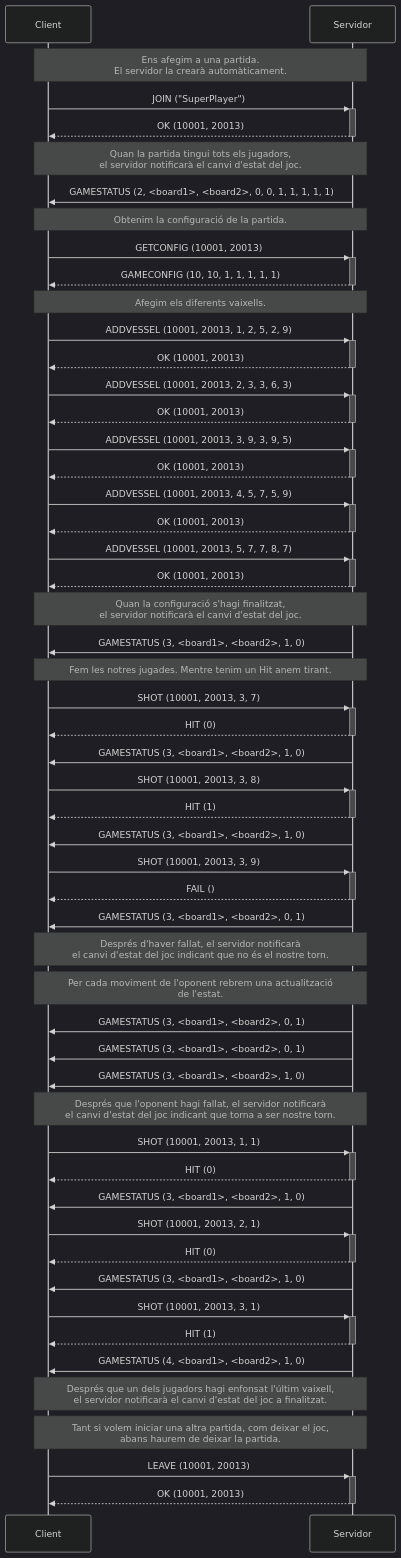
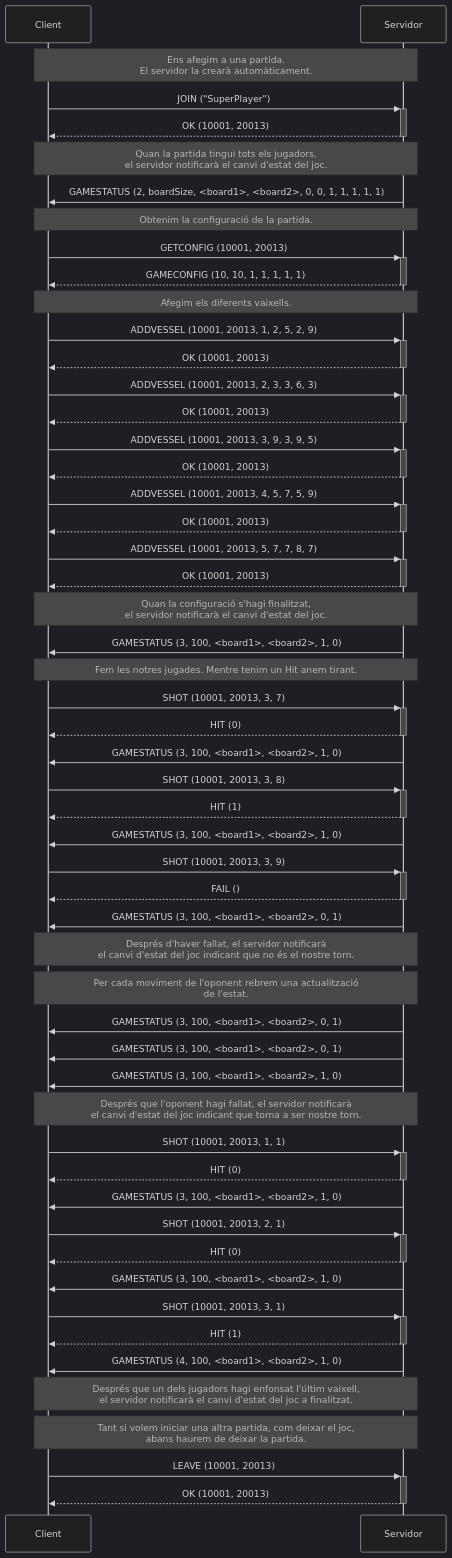
Before and after one commit to SoftwareDistribuitUB-2025/Enunciat_P1: the second of 4 diagrams in Guies/battleship.md, drawn with Mermaid (dark theme). The commit also changed other lines of this file and 7 other files, not shown here.

````diff
--- a/Guies/battleship.md
+++ b/Guies/battleship.md
@@ -82,80 +82,80 @@
 ```mermaid
   sequenceDiagram
 
     note over Client,Servidor: Ens afegim a una partida. <BR/>El servidor la crearà automàticament.
 
     Client->>+Servidor: JOIN ("SuperPlayer")
     Servidor-->>-Client: OK (10001, 20013)
         
     note over Client,Servidor: Quan la partida tingui tots els jugadors,<br/>el servidor notificarà el canvi d'estat del joc.
 
-    Servidor->>Client: GAMESTATUS (2, <board1>, <board2>, 0, 0, 1, 1, 1, 1, 1)
+    Servidor->>Client: GAMESTATUS (2, boardSize, <board1>, <board2>, 0, 0, 1, 1, 1, 1, 1)
 
     note over Client,Servidor: Obtenim la configuració de la partida.
     Client->>+Servidor: GETCONFIG (10001, 20013)
     Servidor-->>-Client: GAMECONFIG (10, 10, 1, 1, 1, 1, 1)    
 
     note over Client,Servidor: Afegim els diferents vaixells.
     Client->>+Servidor: ADDVESSEL (10001, 20013, 1, 2, 5, 2, 9)
     Servidor-->>-Client: OK (10001, 20013)
     Client->>+Servidor: ADDVESSEL (10001, 20013, 2, 3, 3, 6, 3)
     Servidor-->>-Client: OK (10001, 20013)
     Client->>+Servidor: ADDVESSEL (10001, 20013, 3, 9, 3, 9, 5)
     Servidor-->>-Client: OK (10001, 20013)
     Client->>+Servidor: ADDVESSEL (10001, 20013, 4, 5, 7, 5, 9)
     Servidor-->>-Client: OK (10001, 20013)
     Client->>+Servidor: ADDVESSEL (10001, 20013, 5, 7, 7, 8, 7)
     Servidor-->>-Client: OK (10001, 20013)
     
     note over Client,Servidor: Quan la configuració s'hagi finalitzat,<br/>el servidor notificarà el canvi d'estat del joc.
 
-    Servidor->>Client: GAMESTATUS (3, <board1>, <board2>, 1, 0)
+    Servidor->>Client: GAMESTATUS (3, 100, <board1>, <board2>, 1, 0)
 
     note over Client,Servidor: Fem les notres jugades. Mentre tenim un Hit anem tirant.
 
     Client->>+Servidor: SHOT (10001, 20013, 3, 7)
     Servidor-->>-Client: HIT (0)
 
-    Servidor->>Client: GAMESTATUS (3, <board1>, <board2>, 1, 0)
+    Servidor->>Client: GAMESTATUS (3, 100, <board1>, <board2>, 1, 0)
 
     Client->>+Servidor: SHOT (10001, 20013, 3, 8)
     Servidor-->>-Client: HIT (1)
 
-    Servidor->>Client: GAMESTATUS (3, <board1>, <board2>, 1, 0)
+    Servidor->>Client: GAMESTATUS (3, 100, <board1>, <board2>, 1, 0)
 
     Client->>+Servidor: SHOT (10001, 20013, 3, 9)
     Servidor-->>-Client: FAIL ()
 
-    Servidor->>Client: GAMESTATUS (3, <board1>, <board2>, 0, 1)
+    Servidor->>Client: GAMESTATUS (3, 100, <board1>, <board2>, 0, 1)
     
     note over Client,Servidor: Després d'haver fallat, el servidor notificarà<br/>el canvi d'estat del joc indicant que no és el nostre torn.
     note over Client,Servidor: Per cada moviment de l'oponent rebrem una actualització<br/>de l'estat.
-    Servidor->>Client: GAMESTATUS (3, <board1>, <board2>, 0, 1)
-    Servidor->>Client: GAMESTATUS (3, <board1>, <board2>, 0, 1)
-    Servidor->>Client: GAMESTATUS (3, <board1>, <board2>, 1, 0)
+    Servidor->>Client: GAMESTATUS (3, 100, <board1>, <board2>, 0, 1)
+    Servidor->>Client: GAMESTATUS (3, 100, <board1>, <board2>, 0, 1)
+    Servidor->>Client: GAMESTATUS (3, 100, <board1>, <board2>, 1, 0)
 
     note over Client,Servidor: Després que l'oponent hagi fallat, el servidor notificarà<br/>el canvi d'estat del joc indicant que torna a ser nostre torn.
 
     Client->>+Servidor: SHOT (10001, 20013, 1, 1)
     Servidor-->>-Client: HIT (0)
 
-    Servidor->>Client: GAMESTATUS (3, <board1>, <board2>, 1, 0)
+    Servidor->>Client: GAMESTATUS (3, 100, <board1>, <board2>, 1, 0)
 
     Client->>+Servidor: SHOT (10001, 20013, 2, 1)
     Servidor-->>-Client: HIT (0)
 
-    Servidor->>Client: GAMESTATUS (3, <board1>, <board2>, 1, 0)
+    Servidor->>Client: GAMESTATUS (3, 100, <board1>, <board2>, 1, 0)
 
     Client->>+Servidor: SHOT (10001, 20013, 3, 1)
     Servidor-->>-Client: HIT (1)
 
-    Servidor->>Client: GAMESTATUS (4, <board1>, <board2>, 1, 0)
+    Servidor->>Client: GAMESTATUS (4, 100, <board1>, <board2>, 1, 0)
 
     note over Client,Servidor: Després que un dels jugadors hagi enfonsat l'últim vaixell, <br/> el servidor notificarà el canvi d'estat del joc a finalitzat.
 
     note over Client,Servidor: Tant si volem iniciar una altra partida, com deixar el joc, <br/> abans haurem de deixar la partida.
 
     Client->>+Servidor: LEAVE (10001, 20013)
     Servidor-->>-Client: OK (10001, 20013)
 
 ```
````
